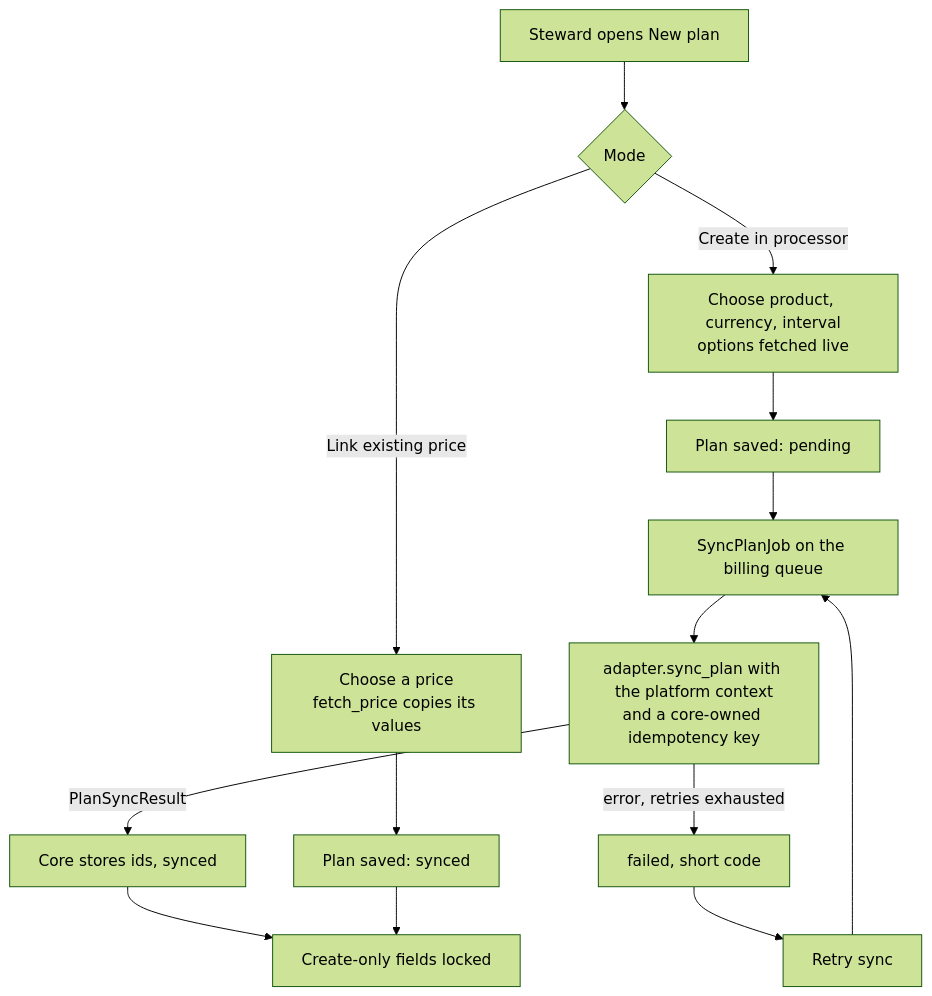
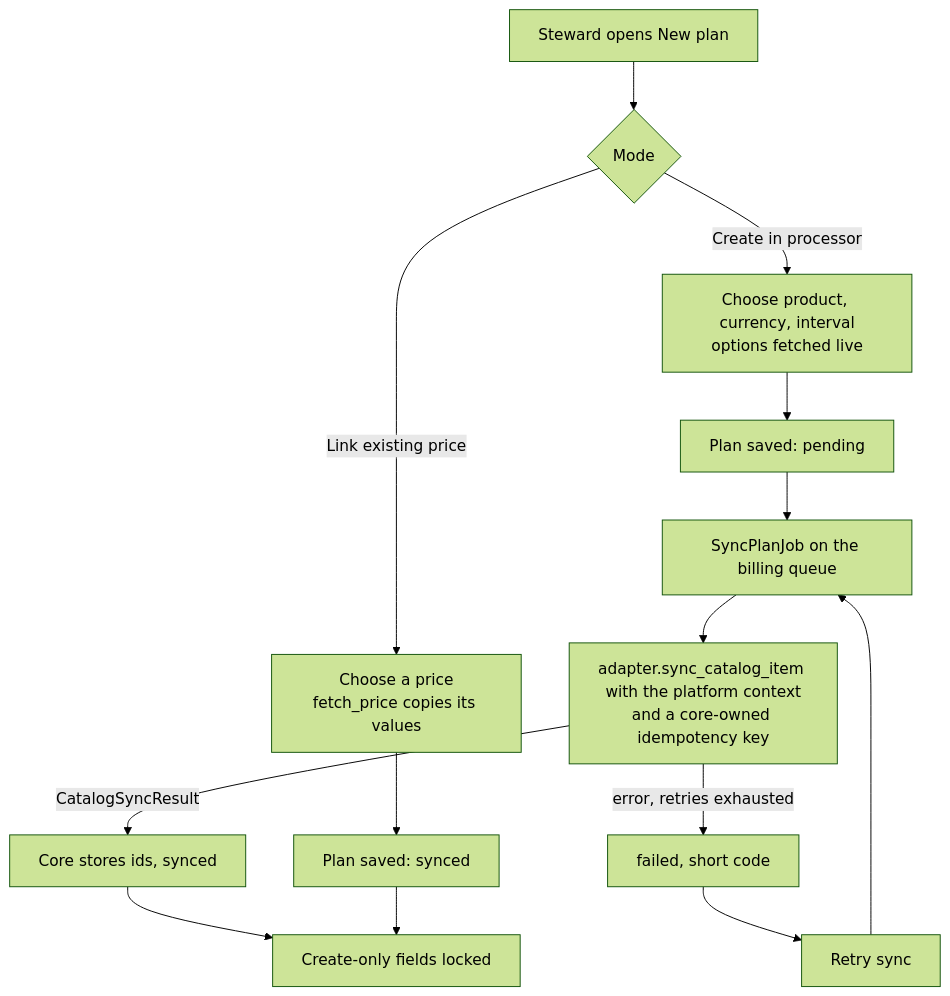
One commit to better-together-org/community-engine-rails changed the first of 2 diagrams in docs/billing/plan_catalog.md. Above: the diagram before and after it, drawn with Mermaid (forest theme). The commit also changed other lines of this file and 44 other files, not shown here.

````diff
--- a/docs/billing/plan_catalog.md
+++ b/docs/billing/plan_catalog.md
@@ -62,16 +62,16 @@
 ```mermaid
 flowchart TD
   S[Steward opens New plan] --> M{Mode}
   M -->|Create in processor| C1[Choose product, currency, interval<br/>options fetched live]
   C1 --> SAVE[Plan saved: pending]
   M -->|Link existing price| L1[Choose a price<br/>fetch_price copies its values]
   L1 --> SYNCED[Plan saved: synced]
   SAVE --> AC[SyncPlanJob on the billing queue]
-  AC --> SP[adapter.sync_plan with the platform context<br/>and a core-owned idempotency key]
-  SP -->|PlanSyncResult| W[Core stores ids, synced]
+  AC --> SP[adapter.sync_catalog_item with the platform context<br/>and a core-owned idempotency key]
+  SP -->|CatalogSyncResult| W[Core stores ids, synced]
   SP -->|error, retries exhausted| F[failed, short code]
   F --> RB[Retry sync]
   RB --> AC
   W --> LOCK[Create-only fields locked]
   SYNCED --> LOCK
 ```
````
